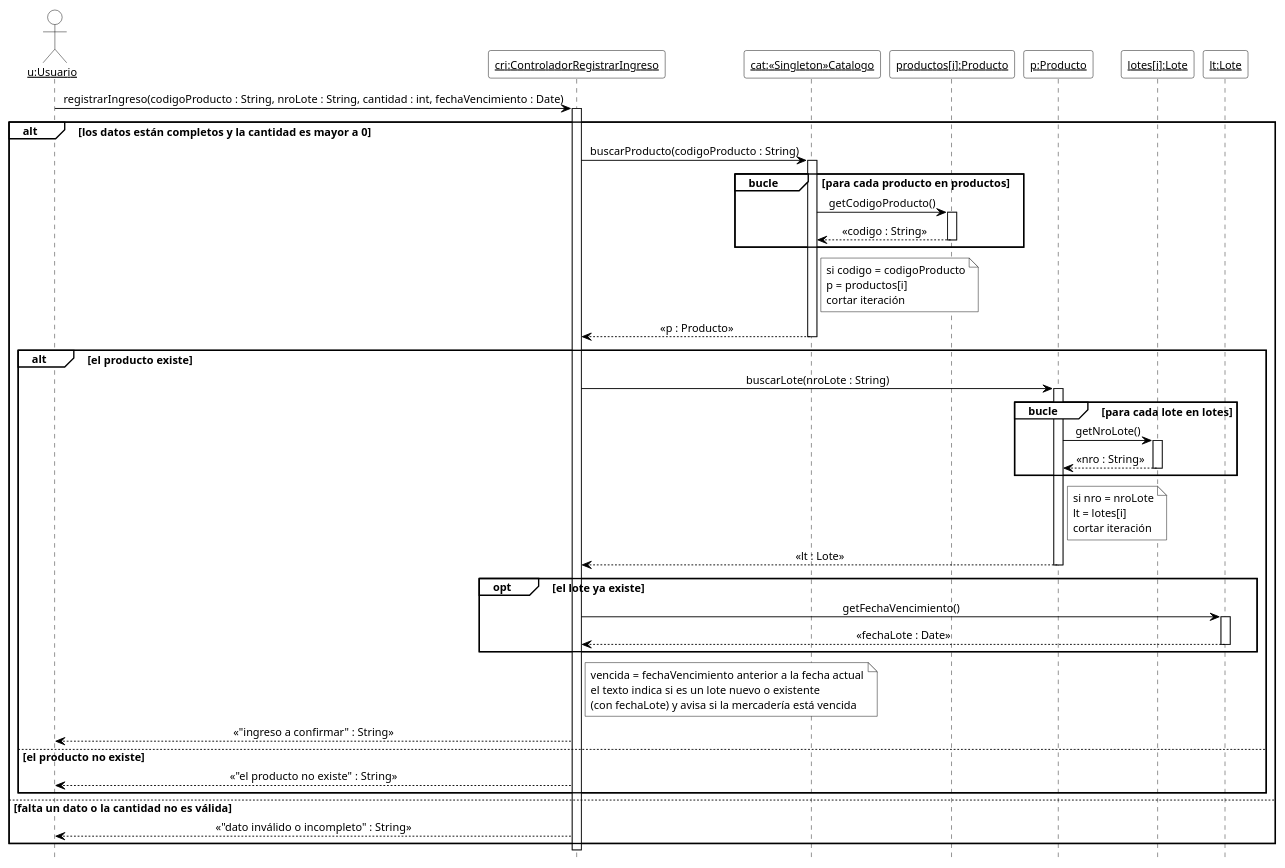
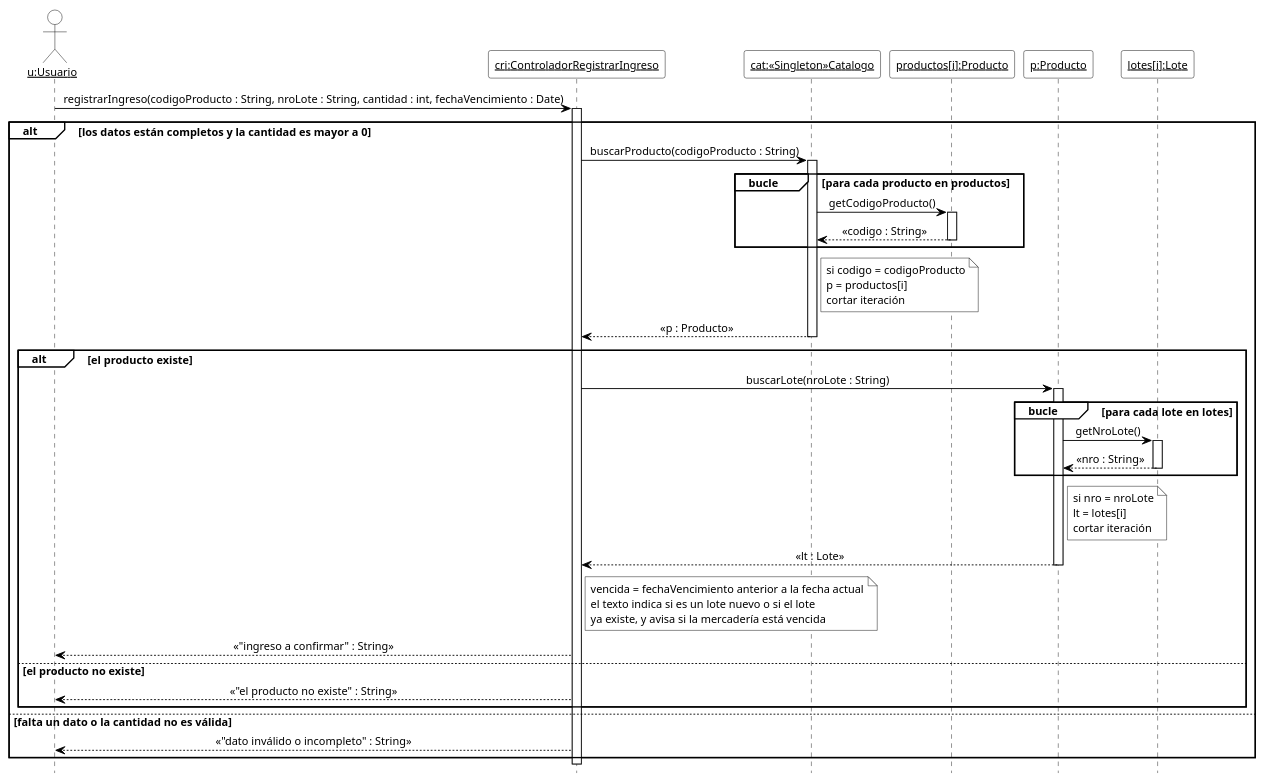
The diagram in 08-Diagrama De Secuencia/DSD_CU-05_registrarIngreso.puml (cirotop/Stock-Project), drawn with PlantUML before and after one commit. The commit also changed 8 other files, not shown here.

```diff
--- a/08-Diagrama De Secuencia/DSD_CU-05_registrarIngreso.puml
+++ b/08-Diagrama De Secuencia/DSD_CU-05_registrarIngreso.puml
@@ -1,75 +1,70 @@
 @startuml DSD_CU-05_registrarIngreso
 ' Diagrama de Secuencia de Diseño (DSD) - CU-05 Registrar ingreso de mercadería - registrarIngreso
 ' Estilo de los ejemplos de la teoría (introducirArticulo / crearNuevaVenta).
 hide footbox
 skinparam shadowing false
 skinparam defaultFontName Arial
 skinparam defaultFontSize 12
 skinparam sequenceMessageAlign center
 skinparam ArrowColor black
 skinparam ParticipantBackgroundColor white
 skinparam ParticipantBorderColor black
 skinparam CollectionsBackgroundColor white
 skinparam CollectionsBorderColor black
 skinparam ActorBackgroundColor white
 skinparam ActorBorderColor black
 skinparam LifeLineBorderColor black
 skinparam LifeLineBackgroundColor white
 skinparam SequenceGroupBackgroundColor white
 skinparam SequenceGroupBorderColor black
 skinparam SequenceGroupHeaderFontColor black
 skinparam NoteBackgroundColor white
 skinparam NoteBorderColor black
 
 actor "<u>u:Usuario</u>" as u
 participant "<u>cri:ControladorRegistrarIngreso</u>" as cri
 participant "<u>cat:«Singleton»Catalogo</u>" as cat
 participant "<u>productos[i]:Producto</u>" as pi
 participant "<u>p:Producto</u>" as p
 participant "<u>lotes[i]:Lote</u>" as li
-participant "<u>lt:Lote</u>" as lt
 
 u -> cri ++ : registrarIngreso(codigoProducto : String, nroLote : String, cantidad : int, fechaVencimiento : Date)
 alt los datos están completos y la cantidad es mayor a 0
   cri -> cat ++ : buscarProducto(codigoProducto : String)
   group bucle [para cada producto en productos]
     cat -> pi ++ : getCodigoProducto()
     pi --> cat -- : «codigo : String»
   end
   note right of cat
     si codigo = codigoProducto
     p = productos[i]
     cortar iteración
   end note
   cat --> cri -- : «p : Producto»
   alt el producto existe
     cri -> p ++ : buscarLote(nroLote : String)
     group bucle [para cada lote en lotes]
       p -> li ++ : getNroLote()
       li --> p -- : «nro : String»
     end
     note right of p
       si nro = nroLote
       lt = lotes[i]
       cortar iteración
     end note
     p --> cri -- : «lt : Lote»
-    opt el lote ya existe
-      cri -> lt ++ : getFechaVencimiento()
-      lt --> cri -- : «fechaLote : Date»
-    end
     note right of cri
       vencida = fechaVencimiento anterior a la fecha actual
-      el texto indica si es un lote nuevo o existente
-      (con fechaLote) y avisa si la mercadería está vencida
+      el texto indica si es un lote nuevo o si el lote
+      ya existe, y avisa si la mercadería está vencida
     end note
     cri --> u : «"ingreso a confirmar" : String»
   else el producto no existe
     cri --> u : «"el producto no existe" : String»
   end
 else falta un dato o la cantidad no es válida
   cri --> u : «"dato inválido o incompleto" : String»
 end
 deactivate cri
 
 @enduml
```
